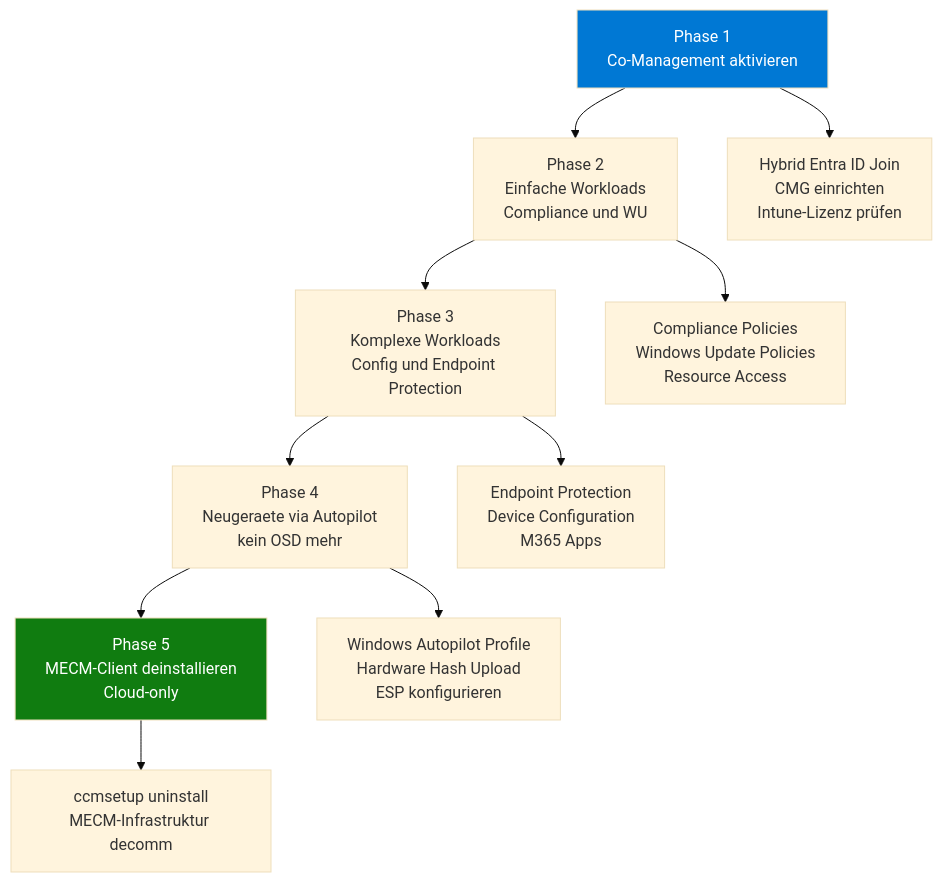
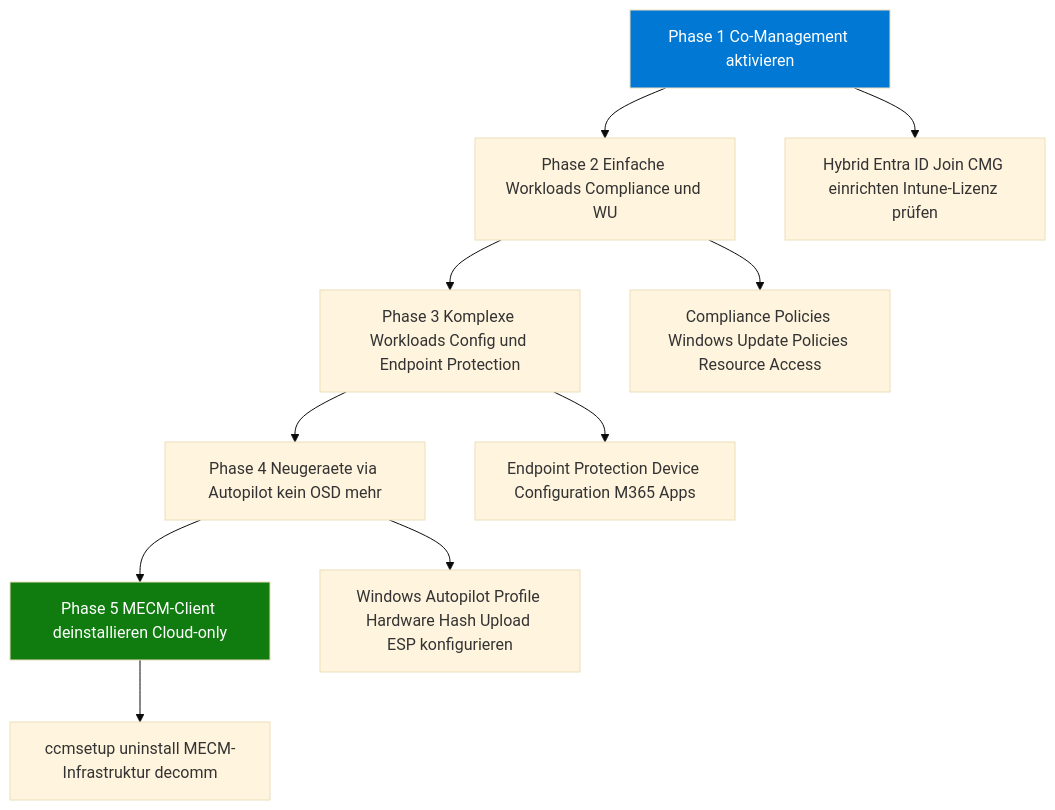
One commit to SoniiiT/notes-n-docs changed the second of 5 diagrams in Microsoft 365/System Center/System Center Azure Migration.md. Above: the diagram before and after it, drawn with Mermaid (base theme). The commit also changed other lines of this file and 124 other files, not shown here.

First line of the commit message:
fix: Entferne \n aus allen Mermaid-Diagrammen (125 Dateien)

````diff
--- a/Microsoft 365/System Center/System Center Azure Migration.md
+++ b/Microsoft 365/System Center/System Center Azure Migration.md
@@ -77,16 +77,16 @@
 ```mermaid
 flowchart TD
-    P1[Phase 1\nCo-Management aktivieren] --> P2[Phase 2\nEinfache Workloads\nCompliance und WU]
-    P2 --> P3[Phase 3\nKomplexe Workloads\nConfig und Endpoint Protection]
-    P3 --> P4[Phase 4\nNeugeraete via Autopilot\nkein OSD mehr]
-    P4 --> P5[Phase 5\nMECM-Client deinstallieren\nCloud-only]
+    P1[Phase 1 Co-Management aktivieren] --> P2[Phase 2 Einfache Workloads Compliance und WU]
+    P2 --> P3[Phase 3 Komplexe Workloads Config und Endpoint Protection]
+    P3 --> P4[Phase 4 Neugeraete via Autopilot kein OSD mehr]
+    P4 --> P5[Phase 5 MECM-Client deinstallieren Cloud-only]
 
-    P1 --> N1[Hybrid Entra ID Join\nCMG einrichten\nIntune-Lizenz prüfen]
-    P2 --> N2[Compliance Policies\nWindows Update Policies\nResource Access]
-    P3 --> N3[Endpoint Protection\nDevice Configuration\nM365 Apps]
-    P4 --> N4[Windows Autopilot Profile\nHardware Hash Upload\nESP konfigurieren]
-    P5 --> N5[ccmsetup uninstall\nMECM-Infrastruktur decomm]
+    P1 --> N1[Hybrid Entra ID Join CMG einrichten Intune-Lizenz prüfen]
+    P2 --> N2[Compliance Policies Windows Update Policies Resource Access]
+    P3 --> N3[Endpoint Protection Device Configuration M365 Apps]
+    P4 --> N4[Windows Autopilot Profile Hardware Hash Upload ESP konfigurieren]
+    P5 --> N5[ccmsetup uninstall MECM-Infrastruktur decomm]
 
     style P1 fill:#0078D4,color:#fff
     style P5 fill:#107C10,color:#fff
 ```
````
